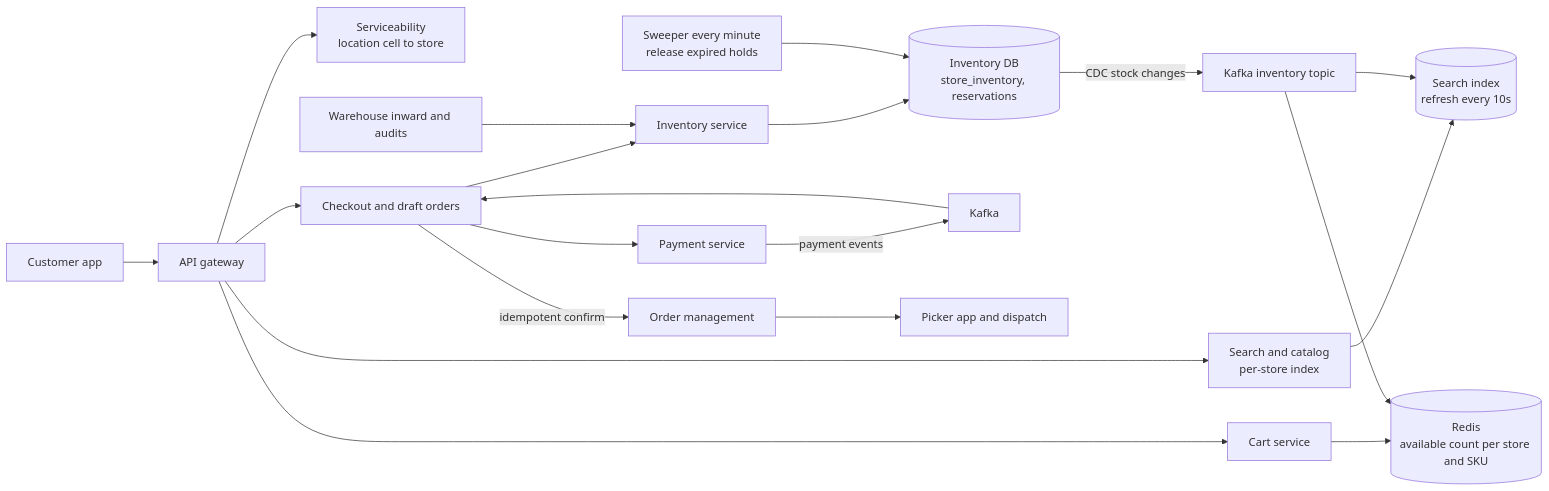
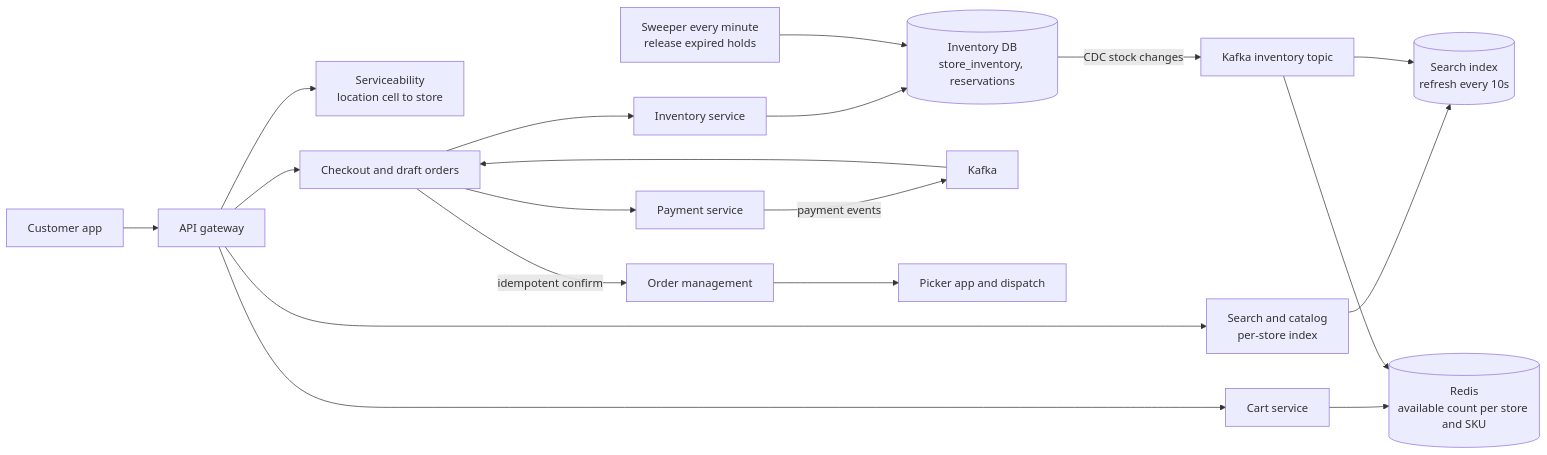
The sixth of 14 diagrams in 07b_SD_QA_Payments_Booking_and_More.md (vedanshkap2692/zomato-interview-prep), drawn with Mermaid before and after one commit. The commit also changed other lines of this file and 6 other files, not shown here.

````diff
--- a/07b_SD_QA_Payments_Booking_and_More.md
+++ b/07b_SD_QA_Payments_Booking_and_More.md
@@ -865,22 +415,21 @@
 ```mermaid
 flowchart LR
   App["Customer app"] --> GW["API gateway"]
   GW --> SV["Serviceability<br/>location cell to store"]
   GW --> SR["Search and catalog<br/>per-store index"]
   GW --> Cart["Cart service"]
   GW --> CO["Checkout and draft orders"]
   SR --> IDX[("Search index<br/>refresh every 10s")]
   Cart --> INVc[("Redis<br/>available count per store and SKU")]
   CO --> INV["Inventory service"]
   INV --> IDB[("Inventory DB<br/>store_inventory, reservations")]
   CO --> Pay["Payment service"]
   Pay -->|"payment events"| K["Kafka"]
   K --> CO
   CO -->|"idempotent confirm"| OMS["Order management"]
   OMS --> Pick["Picker app and dispatch"]
   IDB -->|"CDC stock changes"| K2["Kafka inventory topic"]
   K2 --> INVc
   K2 --> IDX
   Sweep["Sweeper every minute<br/>release expired holds"] --> IDB
-  WMS["Warehouse inward and audits"] --> INV
 ```
````
